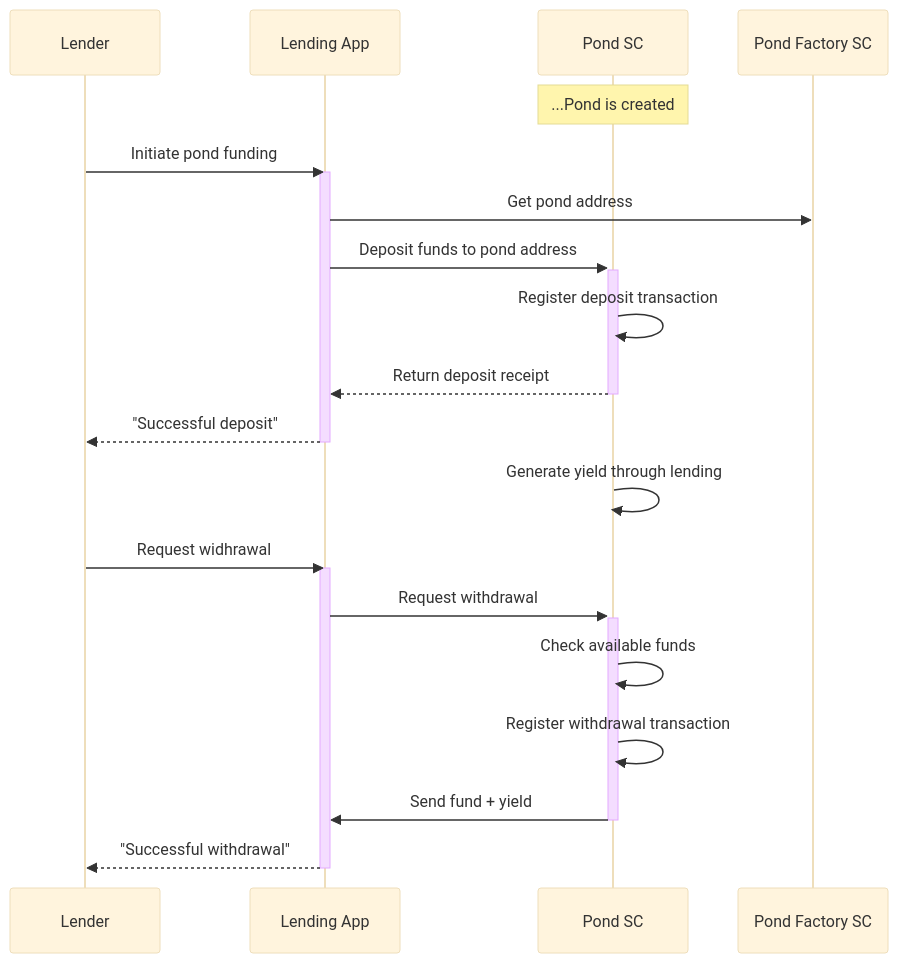
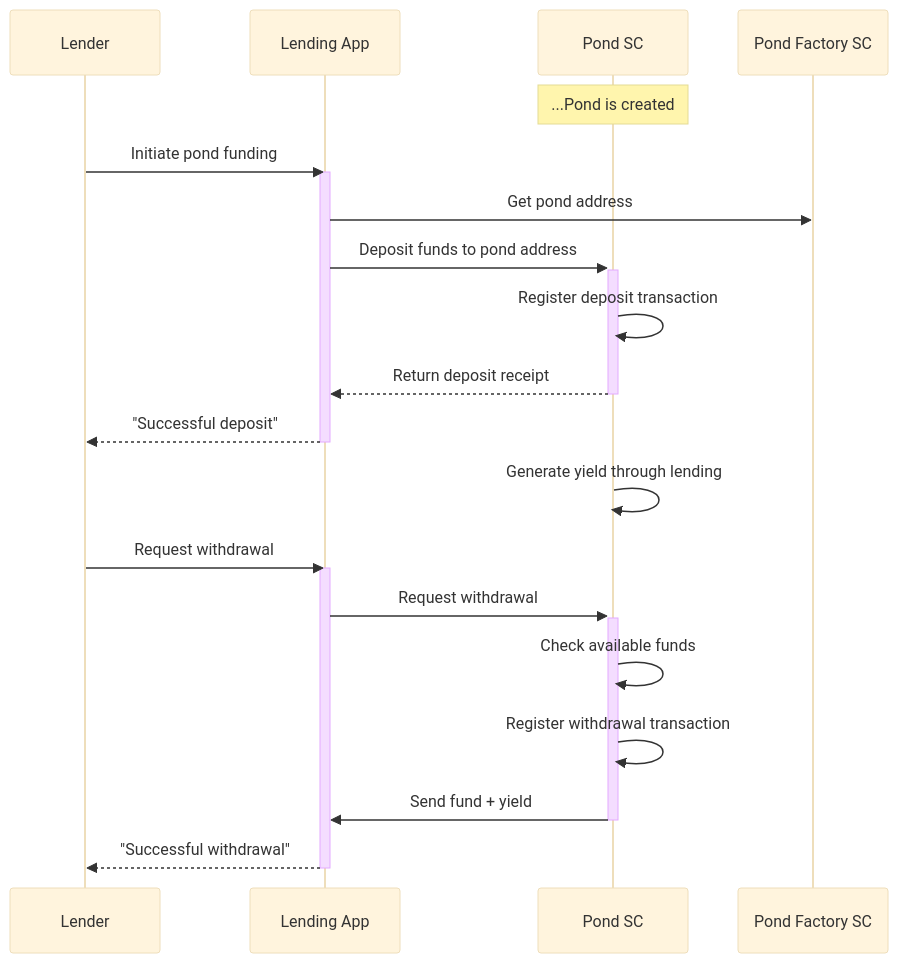
Before and after one commit to growr-xyz/growr-documentation: the first of 3 diagrams in layer-liquidity/2-Pond-Funding.md, drawn with Mermaid (base theme). The commit also changed other lines of this file and 25 other files, not shown here.

````diff
--- a/layer-liquidity/2-Pond-Funding.md
+++ b/layer-liquidity/2-Pond-Funding.md
@@ -12,25 +12,25 @@
 ```mermaid
 sequenceDiagram
     participant Lender
     participant Lending App
     participant Pond SC
     participant Pond Factory SC
     Note over Pond SC: ...Pond is created
     Lender->>Lending App: Initiate pond funding
     activate Lending App
     Lending App->>Pond Factory SC: Get pond address
     Lending App->>+Pond SC: Deposit funds to pond address
     Pond SC->>Pond SC: Register deposit transaction
     Pond SC-->>-Lending App: Return deposit receipt
     Lending App-->>Lender: "Successful deposit"
     deactivate Lending App
     Pond SC->>Pond SC: Generate yield through lending
-    Lender->>Lending App: Request widhrawal
+    Lender->>Lending App: Request withdrawal
     activate Lending App
     Lending App->>+Pond SC: Request withdrawal
     Pond SC->>Pond SC: Check available funds
     Pond SC->>Pond SC: Register withdrawal transaction
     Pond SC->>-Lending App: Send fund + yield
     Lending App-->>Lender: "Successful withdrawal"
     deactivate Lending App
 ```
````
